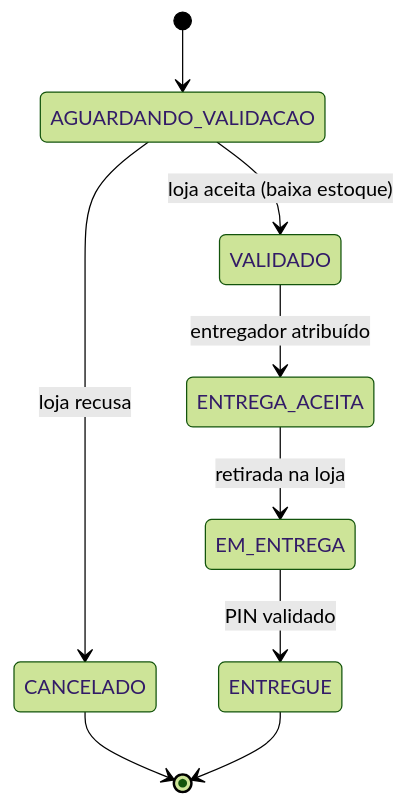
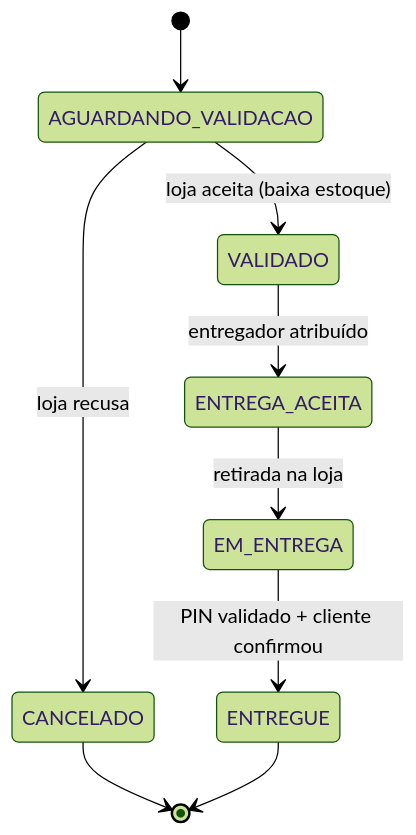
One commit to Projeto-de-Software-Delivery/pedidos-lojas changed the second of 2 diagrams in README.md. Above: the diagram before and after it, drawn with Mermaid (forest theme). The commit also changed other lines of this file and 9 other files, not shown here.

First line of the commit message:
KAN-72: retirada com código da loja e entrega confirmada por entregador e cliente

````diff
--- a/README.md
+++ b/README.md
@@ -89,11 +91,11 @@
 ```mermaid
 stateDiagram-v2
     [*] --> AGUARDANDO_VALIDACAO
     AGUARDANDO_VALIDACAO --> VALIDADO: loja aceita (baixa estoque)
     AGUARDANDO_VALIDACAO --> CANCELADO: loja recusa
     VALIDADO --> ENTREGA_ACEITA: entregador atribuído
     ENTREGA_ACEITA --> EM_ENTREGA: retirada na loja
-    EM_ENTREGA --> ENTREGUE: PIN validado
+    EM_ENTREGA --> ENTREGUE: PIN validado + cliente confirmou
     CANCELADO --> [*]
     ENTREGUE --> [*]
 ```
````
